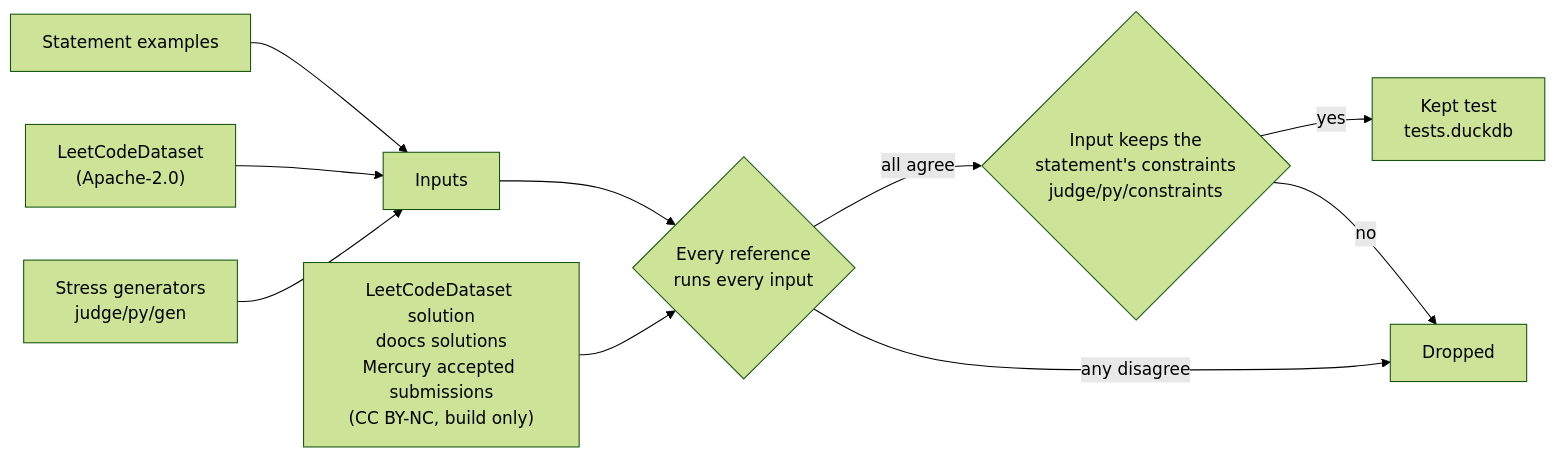
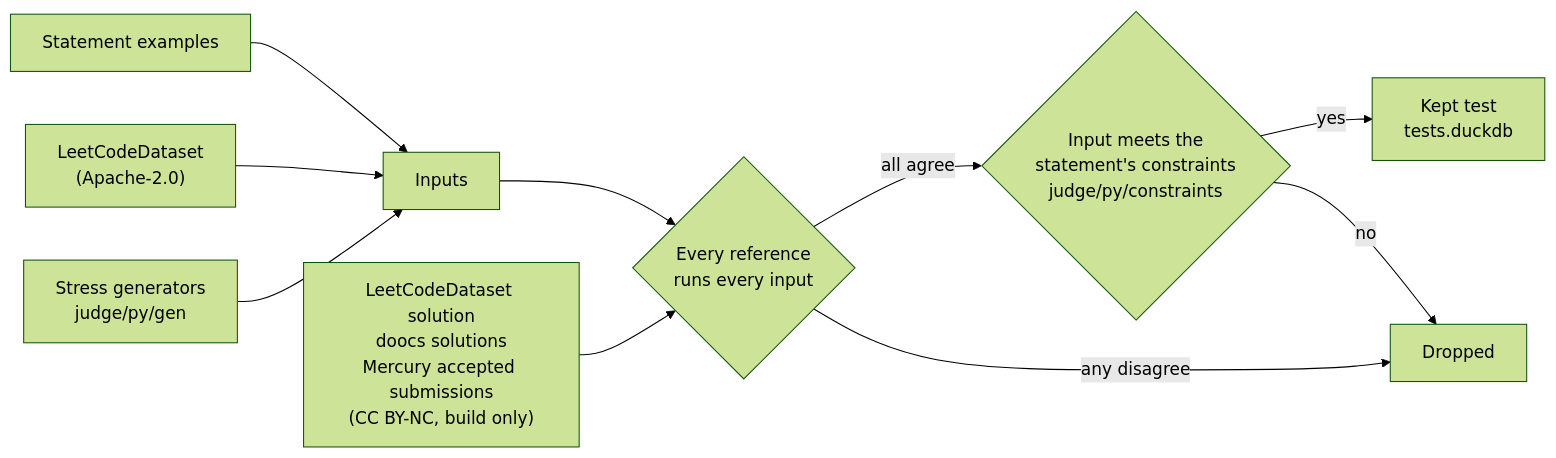
One commit to nsudhanva/openleet changed the third of 3 diagrams in docs/architecture.md. Above: the diagram before and after it, drawn with Mermaid (forest theme). The commit also changed other lines of this file and 3 other files, not shown here.

````diff
--- a/docs/architecture.md
+++ b/docs/architecture.md
@@ -100,12 +100,12 @@
 ```mermaid
 flowchart LR
     E[Statement examples] --> I[Inputs]
     L["LeetCodeDataset<br/>(Apache-2.0)"] --> I
     G["Stress generators<br/>judge/py/gen"] --> I
     I --> R{"Every reference<br/>runs every input"}
     R1["LeetCodeDataset solution<br/>doocs solutions<br/>Mercury accepted submissions<br/>(CC BY-NC, build only)"] --> R
-    R -- all agree --> C{"Input keeps the<br/>statement's constraints<br/>judge/py/constraints"}
+    R -- all agree --> C{"Input meets the<br/>statement's constraints<br/>judge/py/constraints"}
     R -- any disagree --> X[Dropped]
     C -- yes --> K["Kept test<br/>tests.duckdb"]
     C -- no --> X
 ```
````
